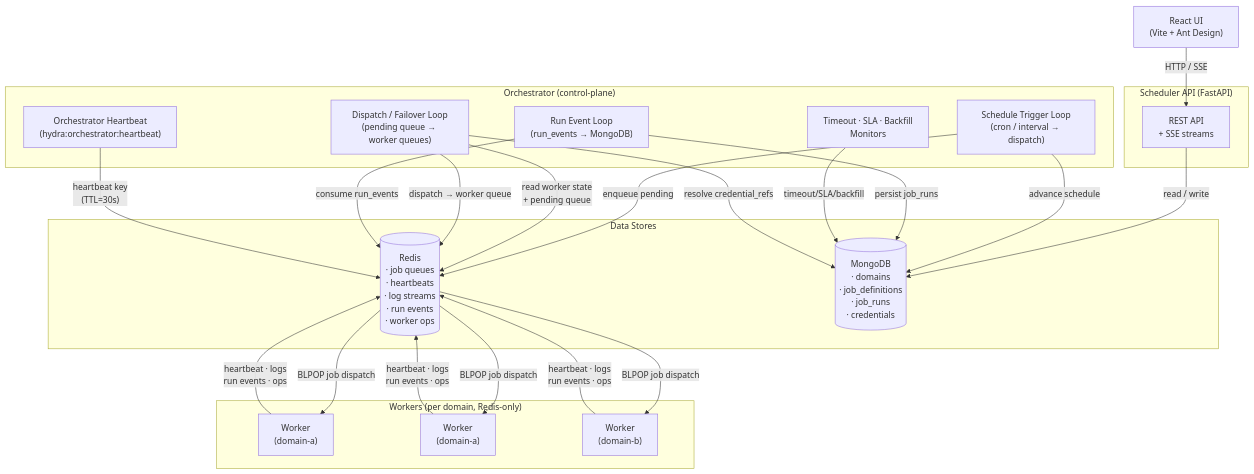
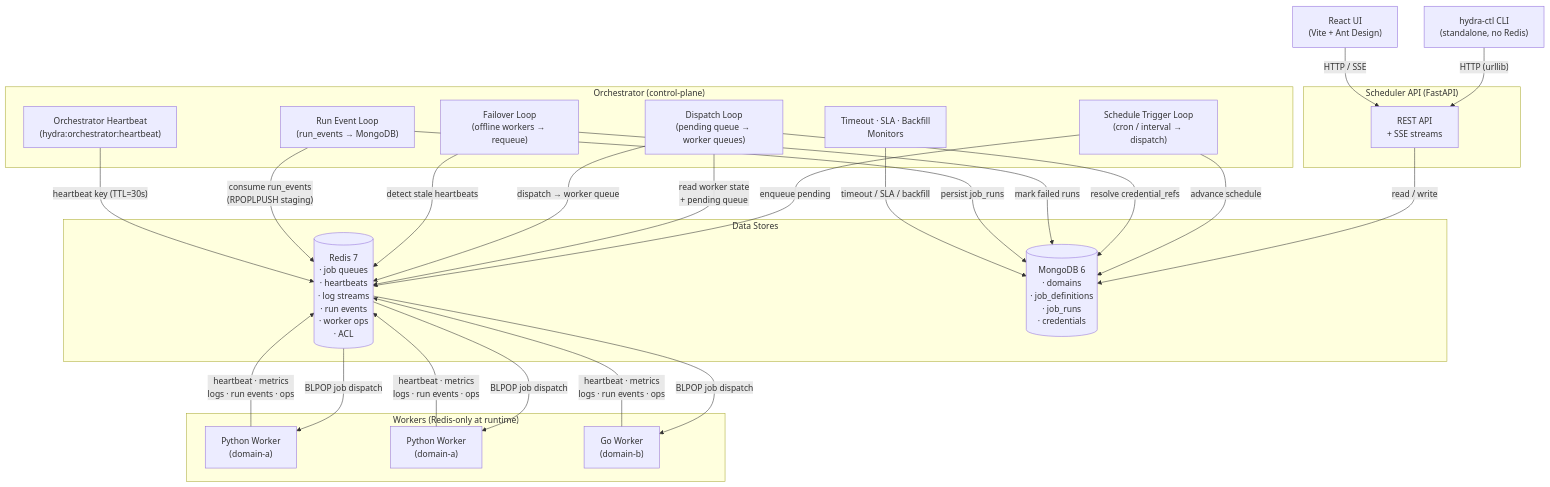
One commit to punassuming/hydra changed the first of 6 diagrams in docs/architecture.md. Above: the diagram before and after it, drawn with Mermaid. The commit also changed other lines of this file and 2 other files, not shown here.

First line of the commit message:
docs: add improved Mermaid architecture diagrams

````diff
--- a/docs/architecture.md
+++ b/docs/architecture.md
@@ -61,54 +61,56 @@
 ```mermaid
 flowchart TB
+    CLI["hydra-ctl CLI\n(standalone, no Redis)"]
     UI["React UI\n(Vite + Ant Design)"]
 
     subgraph APIService["Scheduler API (FastAPI)"]
         API["REST API\n+ SSE streams"]
     end
 
     subgraph ControlPlane["Orchestrator (control-plane)"]
         STL["Schedule Trigger Loop\n(cron / interval → dispatch)"]
-        DFL["Dispatch / Failover Loop\n(pending queue → worker queues)"]
+        DFL["Dispatch Loop\n(pending queue → worker queues)"]
+        FOL["Failover Loop\n(offline workers → requeue)"]
         REL["Run Event Loop\n(run_events → MongoDB)"]
         MON["Timeout · SLA · Backfill\nMonitors"]
         HB["Orchestrator Heartbeat\n(hydra:orchestrator:heartbeat)"]
     end
 
     subgraph Stores["Data Stores"]
-        Redis[("Redis\n· job queues\n· heartbeats\n· log streams\n· run events\n· worker ops")]
-        MongoDB[("MongoDB\n· domains\n· job_definitions\n· job_runs\n· credentials")]
+        Redis[("Redis 7\n· job queues\n· heartbeats\n· log streams\n· run events\n· worker ops\n· ACL")]
+        MongoDB[("MongoDB 6\n· domains\n· job_definitions\n· job_runs\n· credentials")]
     end
 
-    subgraph WorkerPool["Workers (per domain, Redis-only)"]
-        WA1["Worker\n(domain-a)"]
-        WA2["Worker\n(domain-a)"]
-        WB1["Worker\n(domain-b)"]
+    subgraph WorkerPool["Workers (Redis-only at runtime)"]
+        WA1["Python Worker\n(domain-a)"]
+        WA2["Python Worker\n(domain-a)"]
+        WB1["Go Worker\n(domain-b)"]
     end
 
-    %% UI ↔ Scheduler
-    UI -- "HTTP / SSE" --> API
+    %% Clients ↔ Scheduler API
+    CLI -- "HTTP (urllib)" --> API
+    UI  -- "HTTP / SSE" --> API
     API -- "read / write" --> MongoDB
 
     %% Orchestrator loops ↔ Redis + MongoDB
     STL -- "advance schedule" --> MongoDB
     STL -- "enqueue pending" --> Redis
     DFL -- "read worker state\n+ pending queue" --> Redis
+    DFL -- "resolve credential_refs" --> MongoDB
     DFL -- "dispatch → worker queue" --> Redis
-    REL -- "consume run_events" --> Redis
+    FOL -- "detect stale heartbeats" --> Redis
+    FOL -- "mark failed runs" --> MongoDB
+    REL -- "consume run_events\n(RPOPLPUSH staging)" --> Redis
     REL -- "persist job_runs" --> MongoDB
-    MON -- "timeout/SLA/backfill" --> MongoDB
-    HB -- "heartbeat key\n(TTL=30s)" --> Redis
+    MON -- "timeout / SLA / backfill" --> MongoDB
+    HB  -- "heartbeat key (TTL=30s)" --> Redis
 
-    %% Scheduler resolves credentials at dispatch time
-    DFL -- "resolve credential_refs" --> MongoDB
-
-    %% Redis → Workers (job dispatch)
+    %% Redis ↔ Workers
     Redis -- "BLPOP job dispatch" --> WA1
     Redis -- "BLPOP job dispatch" --> WA2
     Redis -- "BLPOP job dispatch" --> WB1
 
-    %% Workers → Redis (heartbeat / logs / events)
-    WA1 -- "heartbeat · logs\nrun events · ops" --> Redis
-    WA2 -- "heartbeat · logs\nrun events · ops" --> Redis
-    WB1 -- "heartbeat · logs\nrun events · ops" --> Redis
+    WA1 -- "heartbeat · metrics\nlogs · run events · ops" --> Redis
+    WA2 -- "heartbeat · metrics\nlogs · run events · ops" --> Redis
+    WB1 -- "heartbeat · metrics\nlogs · run events · ops" --> Redis
 ```
````
